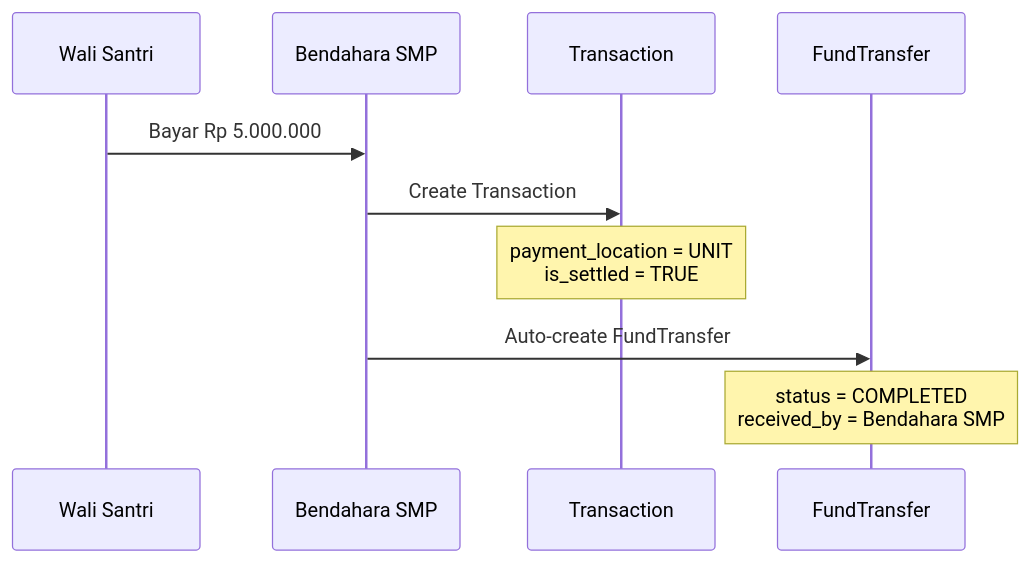
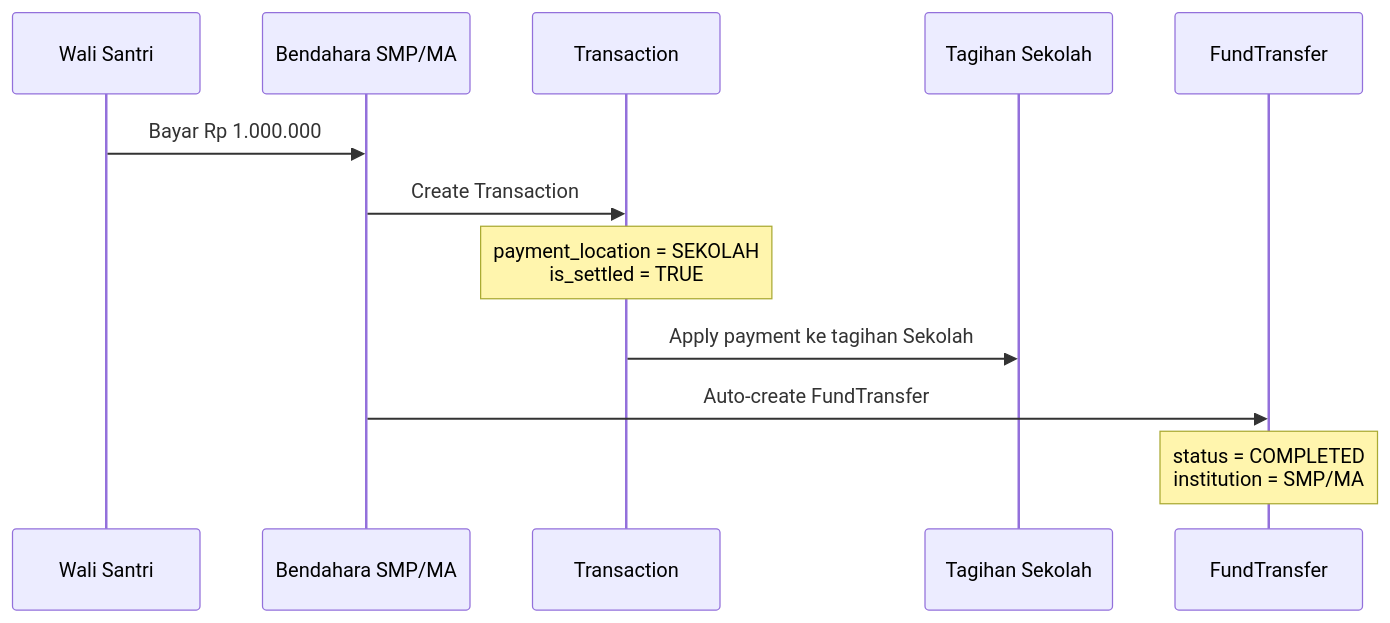
Before and after one commit to mfauzanhanif/psb: the fourth of 4 diagrams in docs/HYBRID_CASH_COLLECTION.md, drawn with Mermaid. The commit also changed other lines of this file and 1 other file, not shown here.

````diff
--- a/docs/HYBRID_CASH_COLLECTION.md
+++ b/docs/HYBRID_CASH_COLLECTION.md
@@ -93,13 +124,15 @@
 ```mermaid
 sequenceDiagram
     participant W as Wali Santri
-    participant B as Bendahara SMP
+    participant B as Bendahara SMP/MA
     participant T as Transaction
+    participant Bill as Tagihan Sekolah
     participant FT as FundTransfer
 
-    W->>B: Bayar Rp 5.000.000
+    W->>B: Bayar Rp 1.000.000
     B->>T: Create Transaction
-    Note over T: payment_location = UNIT<br/>is_settled = TRUE
+    Note over T: payment_location = SEKOLAH<br/>is_settled = TRUE
+    T->>Bill: Apply payment ke tagihan Sekolah
     B->>FT: Auto-create FundTransfer
-    Note over FT: status = COMPLETED<br/>received_by = Bendahara SMP
+    Note over FT: status = COMPLETED<br/>institution = SMP/MA
 ```
````
